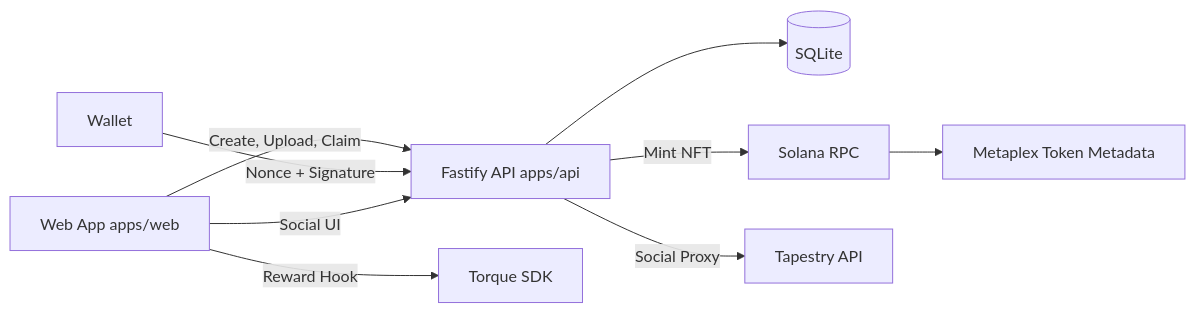
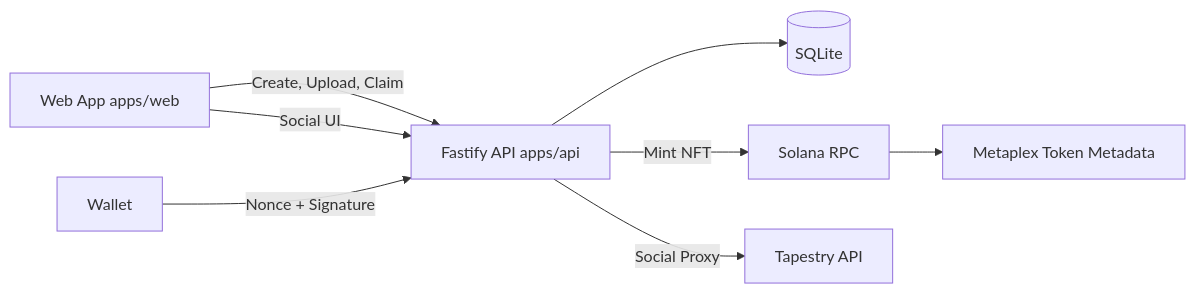
Before and after one commit to femmudas/revivepass: the first of 2 diagrams in README.md, drawn with Mermaid. The commit also changed other lines of this file and 12 other files, not shown here.

````diff
--- a/README.md
+++ b/README.md
@@ -35,11 +33,10 @@
 ```mermaid
 flowchart LR
   A[Web App apps/web] -->|Create, Upload, Claim| B[Fastify API apps/api]
   B --> C[(SQLite)]
   D[Wallet] -->|Nonce + Signature| B
   B -->|Mint NFT| E[Solana RPC]
   E --> F[Metaplex Token Metadata]
-  A -->|Reward Hook| G[Torque SDK]
-  B -->|Social Proxy| H[Tapestry API]
+  B -->|Social Proxy| G[Tapestry API]
   A -->|Social UI| B
 ```
````
